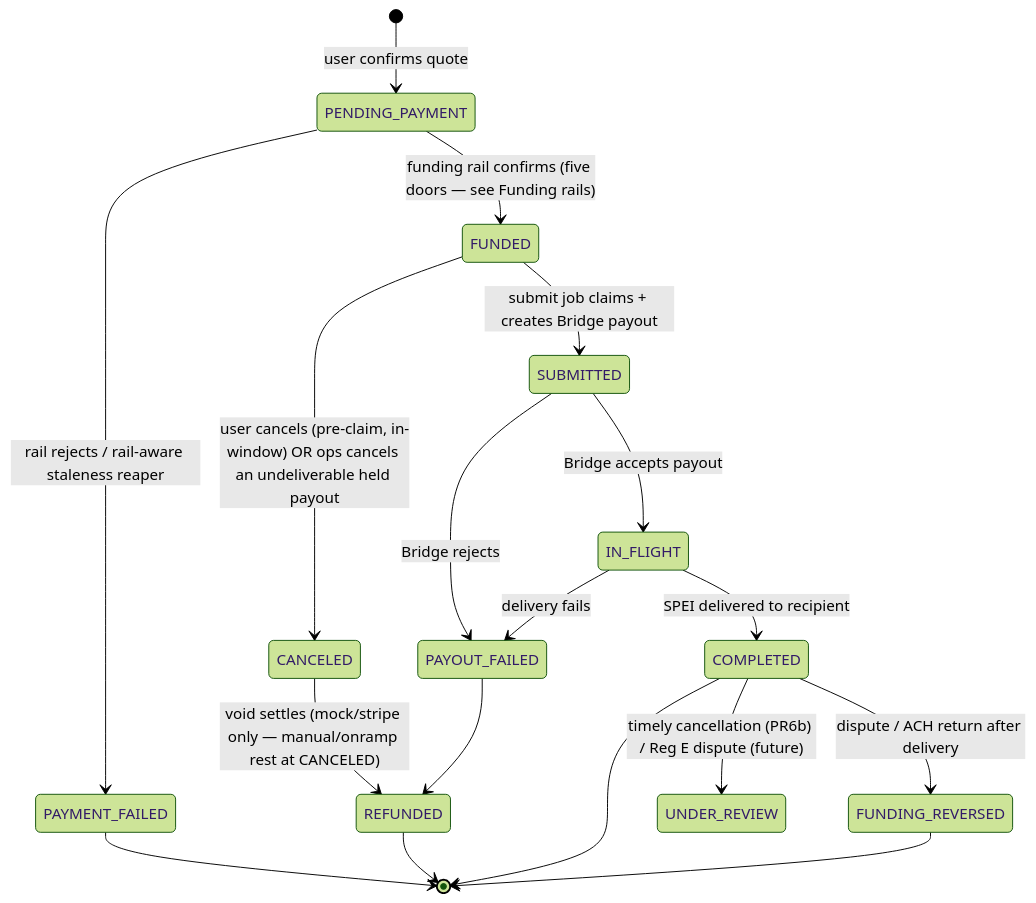
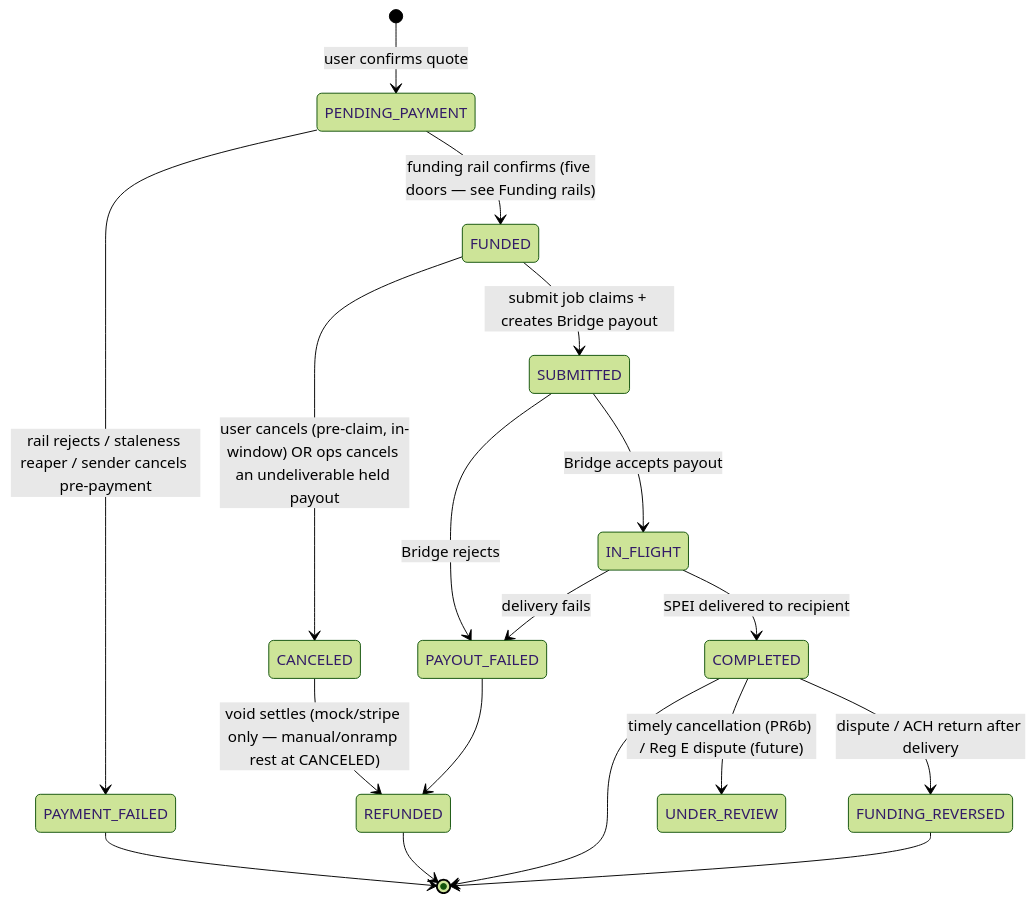
One commit to PuenteFinancial/PuenteApp changed the first of 2 diagrams in docs/transfer-state-machine.md. Above: the diagram before and after it, drawn with Mermaid (forest theme). The commit also changed other lines of this file and 27 other files, not shown here.

````diff
--- a/docs/transfer-state-machine.md
+++ b/docs/transfer-state-machine.md
@@ -21,20 +21,20 @@
 ```mermaid
 stateDiagram-v2
     [*] --> PENDING_PAYMENT: user confirms quote
     PENDING_PAYMENT --> FUNDED: funding rail confirms (five doors — see Funding rails)
-    PENDING_PAYMENT --> PAYMENT_FAILED: rail rejects / rail-aware staleness reaper
+    PENDING_PAYMENT --> PAYMENT_FAILED: rail rejects / staleness reaper / sender cancels pre-payment
     FUNDED --> SUBMITTED: submit job claims + creates Bridge payout
     FUNDED --> CANCELED: user cancels (pre-claim, in-window) OR ops cancels an undeliverable held payout
     SUBMITTED --> IN_FLIGHT: Bridge accepts payout
     SUBMITTED --> PAYOUT_FAILED: Bridge rejects
     IN_FLIGHT --> COMPLETED: SPEI delivered to recipient
     IN_FLIGHT --> PAYOUT_FAILED: delivery fails
     CANCELED --> REFUNDED: void settles (mock/stripe only — manual/onramp rest at CANCELED)
     PAYOUT_FAILED --> REFUNDED
     COMPLETED --> FUNDING_REVERSED: dispute / ACH return after delivery
     COMPLETED --> UNDER_REVIEW: timely cancellation (PR6b) / Reg E dispute (future)
     PAYMENT_FAILED --> [*]
     REFUNDED --> [*]
     COMPLETED --> [*]
     FUNDING_REVERSED --> [*]
 ```
````
